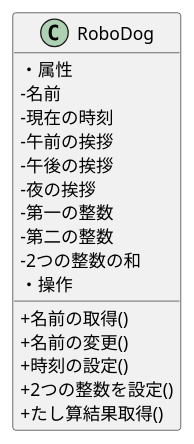
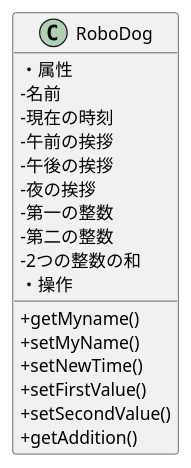
One commit to mana0403/ohara_uml changed the diagram in 06_robo_dog/class.pu. Above: the diagram before and after it, drawn with PlantUML. The commit also changed 8 other files, not shown here.

```diff
--- a/06_robo_dog/class.pu
+++ b/06_robo_dog/class.pu
@@ -1,21 +1,22 @@
 @startuml
 skinparam classAttributeIconSize 0
 class RoboDog {
 ・属性
  -名前
  -現在の時刻
  -午前の挨拶
  -午後の挨拶
  -夜の挨拶
  -第一の整数
  -第二の整数
  -2つの整数の和
  ・操作
- +名前の取得()
- +名前の変更()
- +時刻の設定()
- +2つの整数を設定()
- +たし算結果取得()
+ +getMyname()
+ +setMyName()
+ +setNewTime()
+ +setFirstValue()
+ +setSecondValue()
+ +getAddition()
 }
 
 @enduml
```
